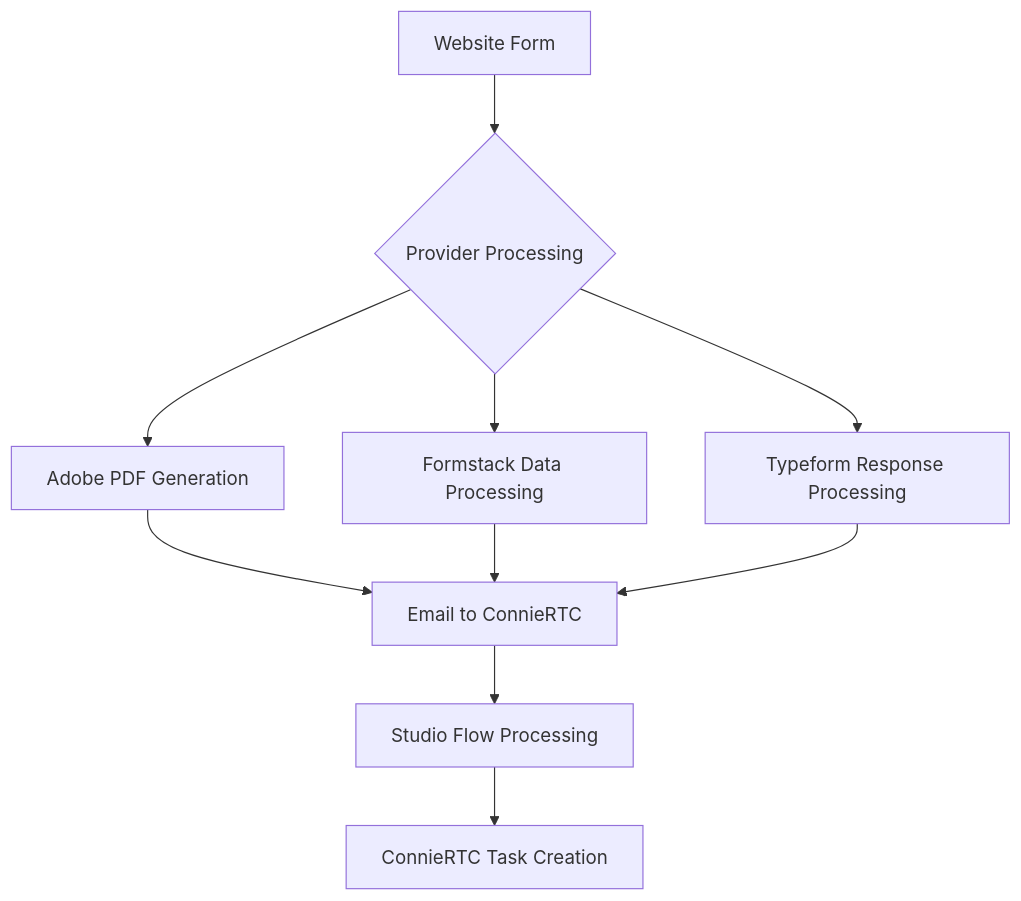
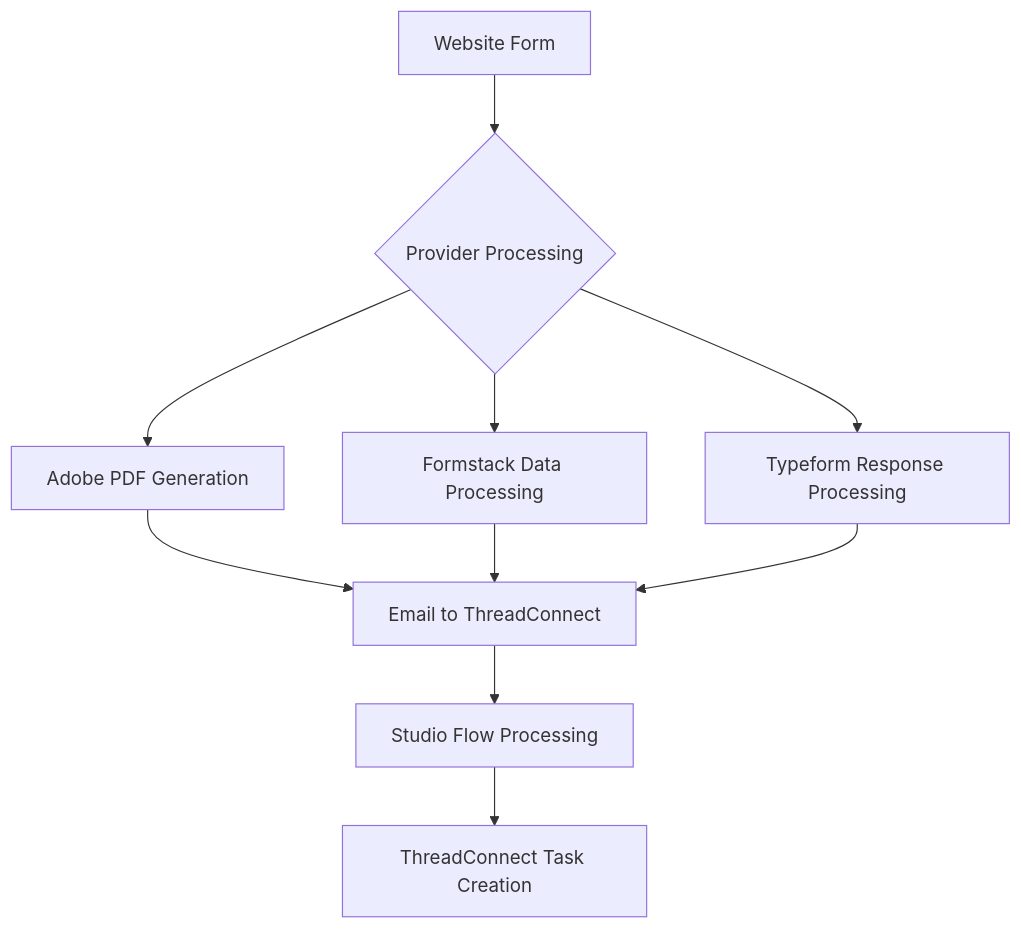
The first of 4 diagrams in docs/techops/feature-deployment/feature-management/channels/web/choose-web-forms-provider.md (ConnieML/docs.connie), drawn with Mermaid before and after one commit. The commit also changed other lines of this file and 129 other files, not shown here.

First line of the commit message:
Rebrand ConnieRTC -> ThreadConnect across docs (CEO approval 2026-10-30, round 2)

````diff
--- a/docs/techops/feature-deployment/feature-management/channels/web/choose-web-forms-provider.md
+++ b/docs/techops/feature-deployment/feature-management/channels/web/choose-web-forms-provider.md
@@ -106,12 +106,12 @@
 ```mermaid
 graph TB
     A[Website Form] --> B{Provider Processing}
     B --> C[Adobe PDF Generation]
     B --> D[Formstack Data Processing]
     B --> E[Typeform Response Processing]
-    C --> F[Email to ConnieRTC]
+    C --> F[Email to ThreadConnect]
     D --> F
     E --> F
     F --> G[Studio Flow Processing]
-    G --> H[ConnieRTC Task Creation]
+    G --> H[ThreadConnect Task Creation]
 ```
````
